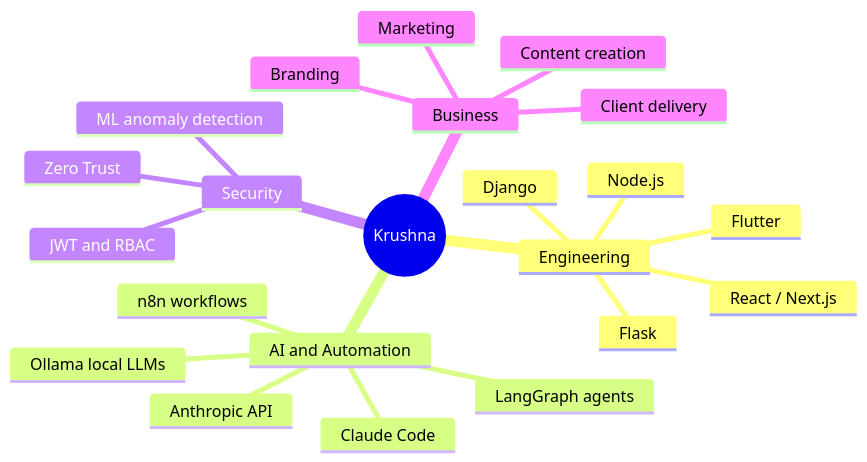
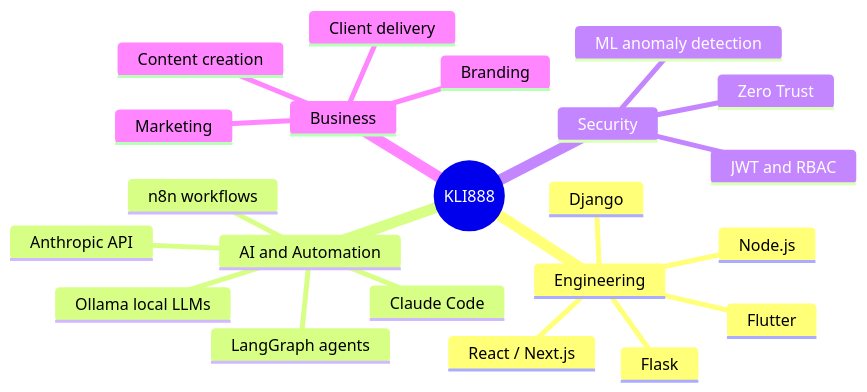
One commit to KLI888/KLI888 changed the first of 2 diagrams in README.md. Above: the diagram before and after it, drawn with Mermaid. The commit also changed other lines of this file, not shown here.

Commit message:
Update README to reflect new identity as KLI888

````diff
--- a/README.md
+++ b/README.md
@@ -44,25 +44,25 @@
 ```mermaid
 mindmap
-  root((Krushna))
+  root((KLI888))
     Engineering
       Django
       Flask
       Node.js
       React / Next.js
       Flutter
     AI and Automation
       n8n workflows
       Ollama local LLMs
       LangGraph agents
       Anthropic API
       Claude Code
     Security
       Zero Trust
       JWT and RBAC
       ML anomaly detection
     Business
       Branding
       Marketing
       Content creation
       Client delivery
 ```
````
